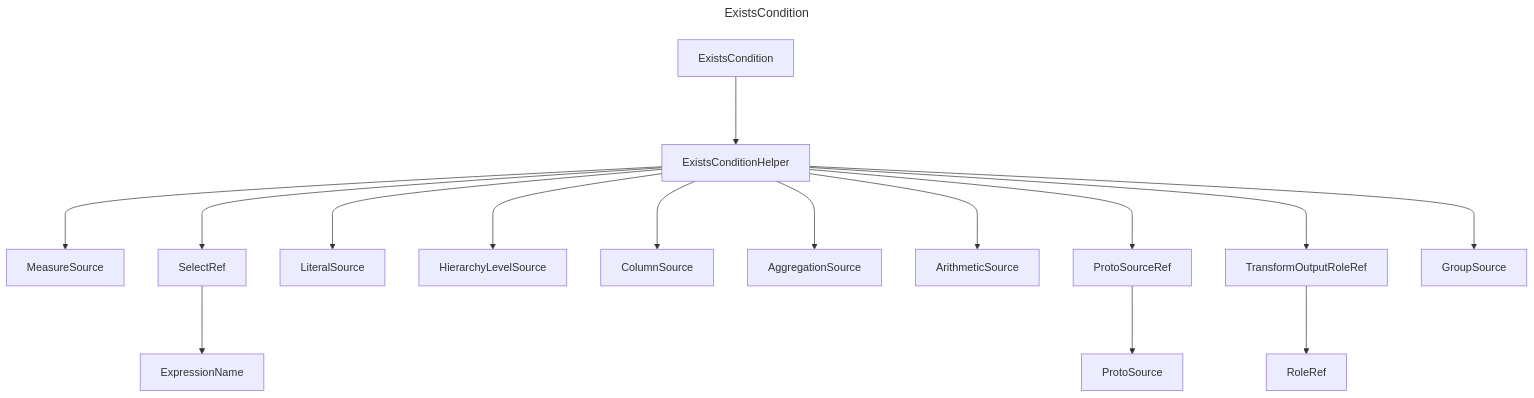
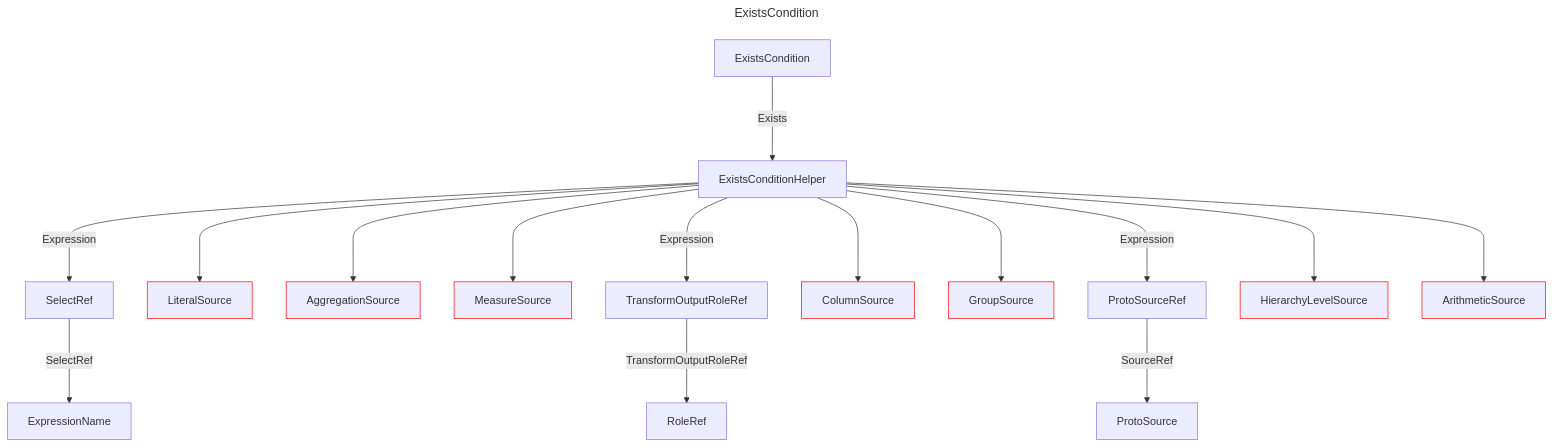
Before and after one commit to douglassimonsen/pbi_core: the diagram in docs/docs/layout/erd/ExistsCondition.md, drawn with Mermaid. The commit also changed 77 other files, not shown here.

Commit message:
Updated to color code the layout ERD

````diff
--- a/docs/docs/layout/erd/ExistsCondition.md
+++ b/docs/docs/layout/erd/ExistsCondition.md
@@ -1,35 +1,42 @@
 ```mermaid
 ---
 title: ExistsCondition
 ---
 graph 
-2721642009152["MeasureSource"]
-2721642039408["ProtoSource"]
-2721642024768["TransformOutputRoleRef"]
-2721642022816["LiteralSource"]
-2721642040384["RoleRef"]
-2721642012080["HierarchyLevelSource"]
-2721641849088["ExistsConditionHelper"]
-2721642014032["ColumnSource"]
-2721642013056["ExpressionName"]
-2721642003296["AggregationSource"]
-2721642031600["ArithmeticSource"]
-2721641850064["ExistsCondition"]
-2721642016960["SelectRef"]
-2721642023792["ProtoSourceRef"]
-2721642035504["GroupSource"]
-2721641850064 ---> 2721641849088
-2721641849088 ---> 2721642012080
-2721641849088 ---> 2721642016960
-2721641849088 ---> 2721642035504
-2721642024768 ---> 2721642040384
-2721641849088 ---> 2721642014032
-2721641849088 ---> 2721642023792
-2721642023792 ---> 2721642039408
-2721641849088 ---> 2721642022816
-2721641849088 ---> 2721642031600
-2721641849088 ---> 2721642009152
-2721641849088 ---> 2721642003296
-2721642016960 ---> 2721642013056
-2721641849088 ---> 2721642024768
+2430071820688["RoleRef"]
+2430071814832["TransformOutputRoleRef"]
+2430071816784["LiteralSource"]
+style 2430071816784 stroke:#ff0000,stroke-width:1px
+2430071366800["ExpressionName"]
+2430071878272["ExistsCondition"]
+2430071358016["AggregationSource"]
+style 2430071358016 stroke:#ff0000,stroke-width:1px
+2430071359968["MeasureSource"]
+style 2430071359968 stroke:#ff0000,stroke-width:1px
+2430071825568["ProtoSourceRef"]
+2430071365824["ColumnSource"]
+style 2430071365824 stroke:#ff0000,stroke-width:1px
+2430071808976["GroupSource"]
+style 2430071808976 stroke:#ff0000,stroke-width:1px
+2430071356064["SelectRef"]
+2430071819712["ProtoSource"]
+2430071363872["HierarchyLevelSource"]
+style 2430071363872 stroke:#ff0000,stroke-width:1px
+2430071881200["ExistsConditionHelper"]
+2430071382416["ArithmeticSource"]
+style 2430071382416 stroke:#ff0000,stroke-width:1px
+2430071825568 --->|SourceRef| 2430071819712
+2430071881200 --->|Expression| 2430071356064
+2430071881200 ---> 2430071358016
+2430071878272 --->|Exists| 2430071881200
+2430071881200 ---> 2430071816784
+2430071881200 --->|Expression| 2430071814832
+2430071356064 --->|SelectRef| 2430071366800
+2430071881200 ---> 2430071363872
+2430071881200 ---> 2430071808976
+2430071881200 ---> 2430071382416
+2430071814832 --->|TransformOutputRoleRef| 2430071820688
+2430071881200 ---> 2430071365824
+2430071881200 ---> 2430071359968
+2430071881200 --->|Expression| 2430071825568
 ```
````
